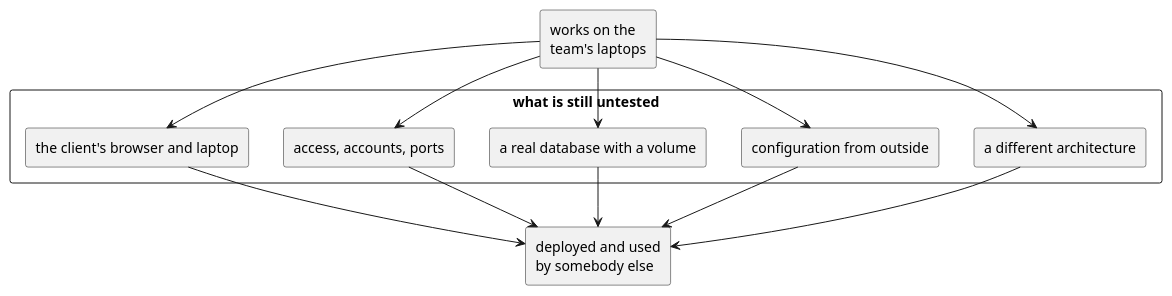
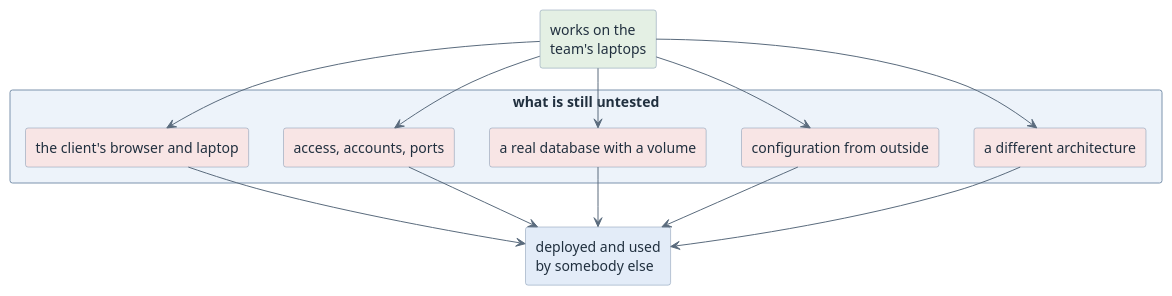
One commit to htl-leonding-college/curriculum-syp3 changed the diagram in modules/review-milestone-2/index.adoc. Above: the diagram before and after it, drawn with PlantUML. The commit also changed 65 other files, not shown here.

First line of the commit message:
feat(site): give the diagrams a semantic pastel palette

```diff
--- a/modules/review-milestone-2/index.adoc
+++ b/modules/review-milestone-2/index.adoc
@@ -85,29 +85,31 @@
 [plantuml,deployment-risk,svg]
 ----
 @startuml
-skinparam monochrome true
+<style>
+element { BackgroundColor #EDF3FA; LineColor #7C93AD; FontColor #21303F }
+arrow { LineColor #5A6B7D; FontColor #21303F }
+</style>
 skinparam shadowing false
 skinparam defaultFontName Helvetica
 
-rectangle "works on the\nteam's laptops" as L
+rectangle "works on the\nteam's laptops" as L #E4F0E4
 rectangle "what is still untested" {
-  rectangle "a different architecture" as A
-  rectangle "configuration from outside" as C
-  rectangle "a real database with a volume" as D
-  rectangle "access, accounts, ports" as N
-  rectangle "the client's browser and laptop" as B
+  rectangle "a different architecture" as A #F8E5E5
+  rectangle "configuration from outside" as C #F8E5E5
+  rectangle "a real database with a volume" as D #F8E5E5
+  rectangle "access, accounts, ports" as N #F8E5E5
+  rectangle "the client's browser and laptop" as B #F8E5E5
 }
-rectangle "deployed and used\nby somebody else" as P
-
+rectangle "deployed and used\nby somebody else" as P #E3ECF8
 L -down-> A
 L -down-> C
 L -down-> D
 L -down-> N
 L -down-> B
 A -down-> P
 C -down-> P
 D -down-> P
 N -down-> P
 B -down-> P
 @enduml
 ----
```
